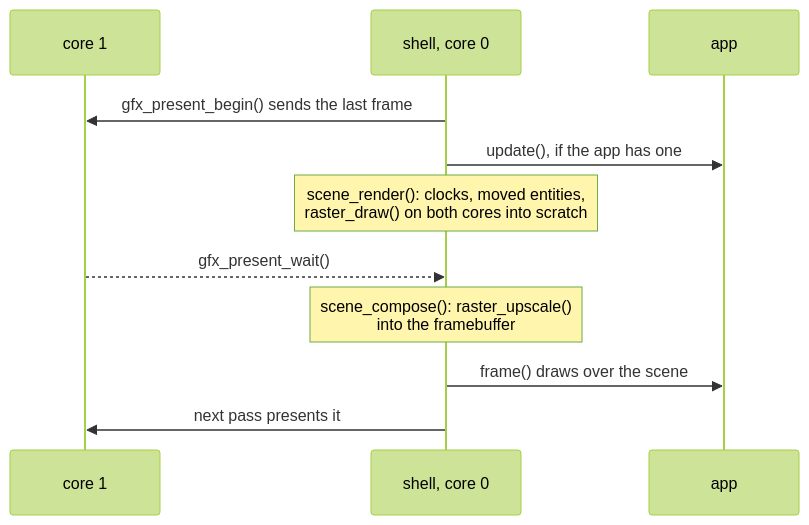
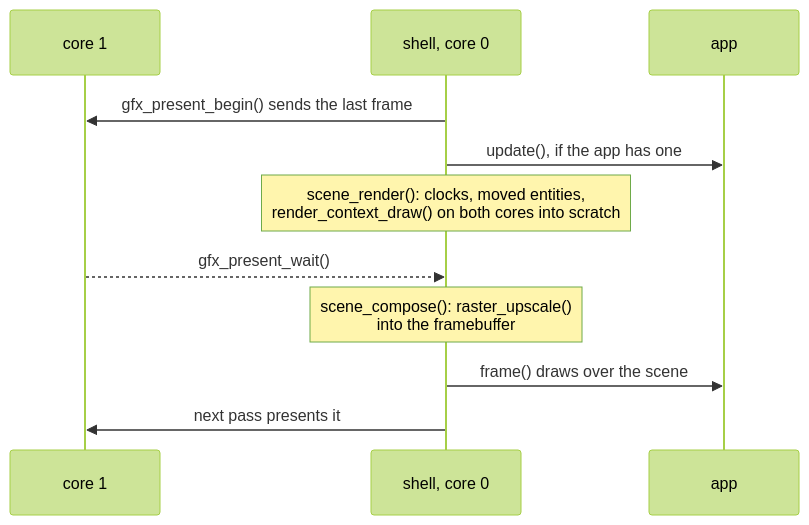
The diagram in docs/render/Scene-Manager.md (jose-villegas/autana), drawn with Mermaid (forest theme) before and after one commit. The commit also changed 8 other files, not shown here.

Commit message:
render: review round 1 - the frame diagram shows census and draw, the census list's validity stated, upscale paths named by their width rule

````diff
--- a/docs/render/Scene-Manager.md
+++ b/docs/render/Scene-Manager.md
@@ -48,13 +48,13 @@
 ```mermaid
 sequenceDiagram
     participant Core1 as core 1
     participant Shell as shell, core 0
     participant App as app
     Shell->>Core1: gfx_present_begin() sends the last frame
     Shell->>App: update(), if the app has one
-    Note over Shell: scene_render(): clocks, moved entities,<br/>raster_draw() on both cores into scratch
+    Note over Shell: scene_render(): clocks, moved entities,<br/>render_context_draw() on both cores into scratch
     Core1-->>Shell: gfx_present_wait()
     Note over Shell: scene_compose(): raster_upscale()<br/>into the framebuffer
     Shell->>App: frame() draws over the scene
     Shell->>Core1: next pass presents it
 ```
````
